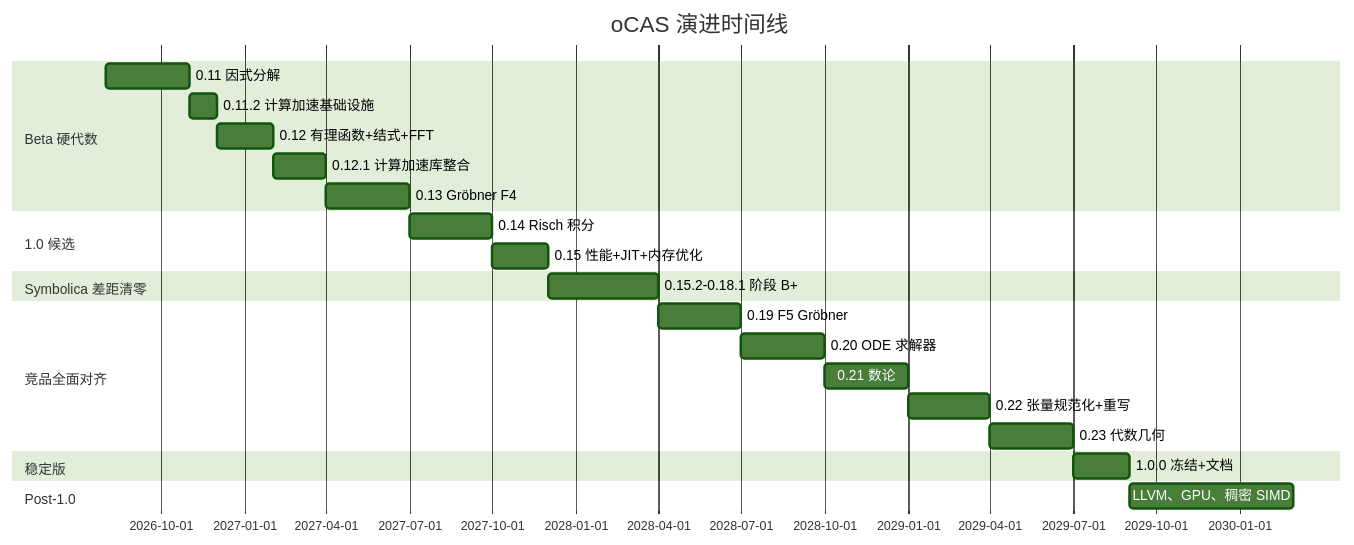
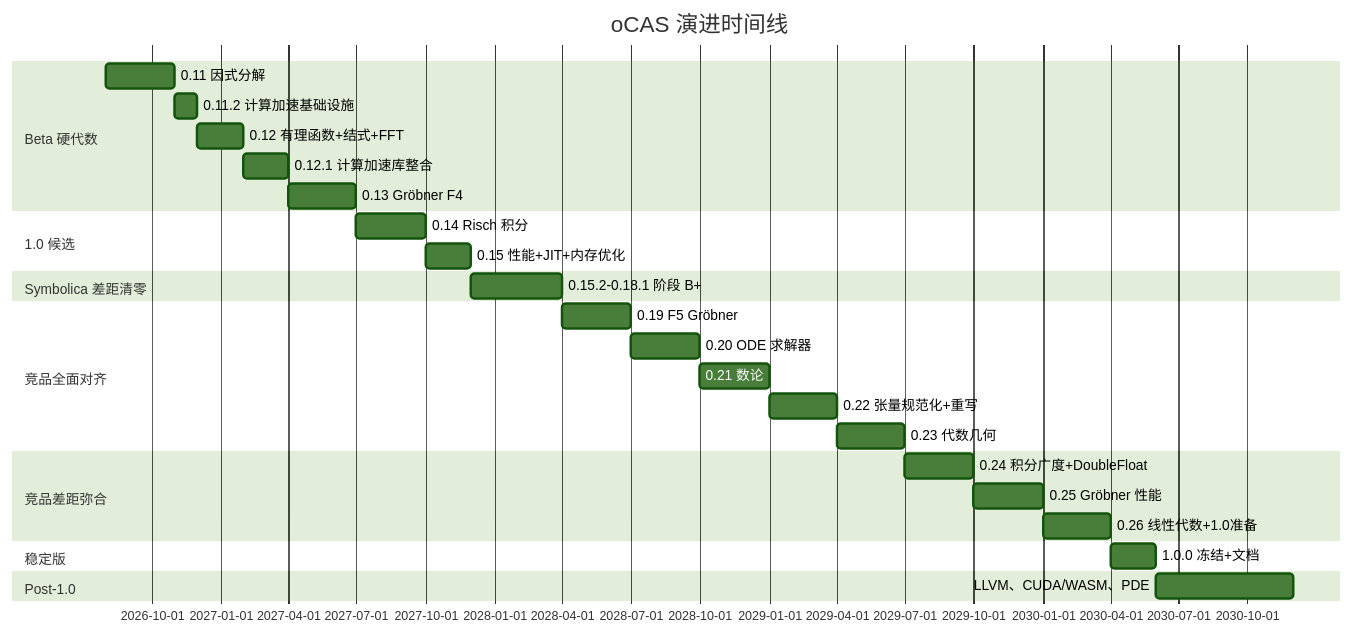
Before and after one commit to Charleshzh/oCAS: the diagram in docs/planning/EVOLUTION_PLAN_CN.md, drawn with Mermaid (forest theme). The commit also changed other lines of this file and 5 other files, not shown here.

First line of the commit message:
docs: 竞品差距调研与路线图更新（0.23.0 竞品全面调研）

````diff
--- a/docs/planning/EVOLUTION_PLAN_CN.md
+++ b/docs/planning/EVOLUTION_PLAN_CN.md
@@ -27,26 +27,30 @@
 ```mermaid
 gantt
     title oCAS 演进时间线
     dateFormat YYYY-MM
     section Beta 硬代数
     0.11 因式分解            :b11, 2026-08, 3M
     0.11.2 计算加速基础设施   :b112, after b11, 1M
     0.12 有理函数+结式+FFT   :b12, after b112, 2M
     0.12.1 计算加速库整合     :b121, after b12, 2M
     0.13 Gröbner F4          :b13, after b121, 3M
     section 1.0 候选
     0.14 Risch 积分          :r14, after b13, 3M
     0.15 性能+JIT+内存优化    :r15, after r14, 2M
     section Symbolica 差距清零
     0.15.2-0.18.1 阶段 B+    :bp, after r15, 4M
     section 竞品全面对齐
     0.19 F5 Gröbner          :c19, after bp, 3M
     0.20 ODE 求解器          :c20, after c19, 3M
     0.21 数论                :c21, after c20, 3M
     0.22 张量规范化+重写      :c22, after c21, 3M
     0.23 代数几何            :c23, after c22, 3M
+    section 竞品差距弥合
+    0.24 积分广度+DoubleFloat :g24, after c23, 3M
+    0.25 Gröbner 性能        :g25, after g24, 3M
+    0.26 线性代数+1.0准备    :g26, after g25, 3M
     section 稳定版
-    1.0.0 冻结+文档          :s10, after c23, 2M
+    1.0.0 冻结+文档          :s10, after g26, 2M
     section Post-1.0
-    LLVM、GPU、稠密 SIMD      :p1, after s10, 6M
+    LLVM、CUDA/WASM、PDE      :p1, after s10, 6M
 ```
````
